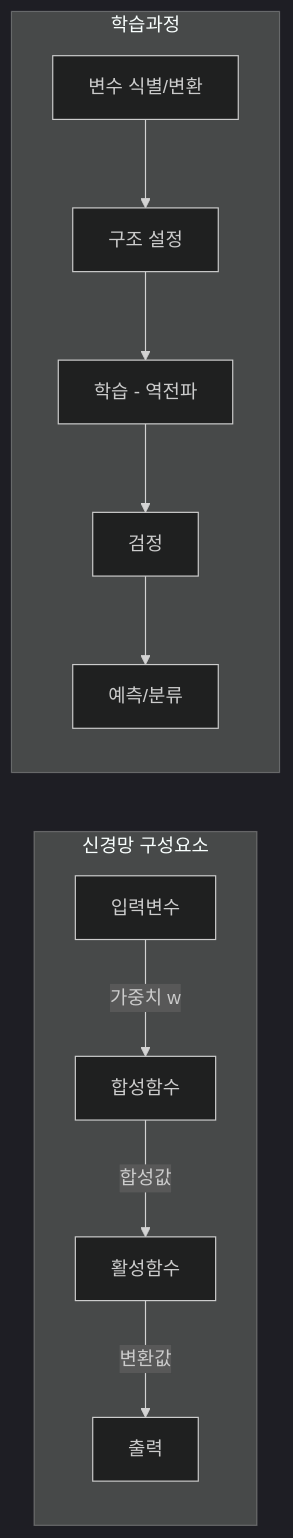
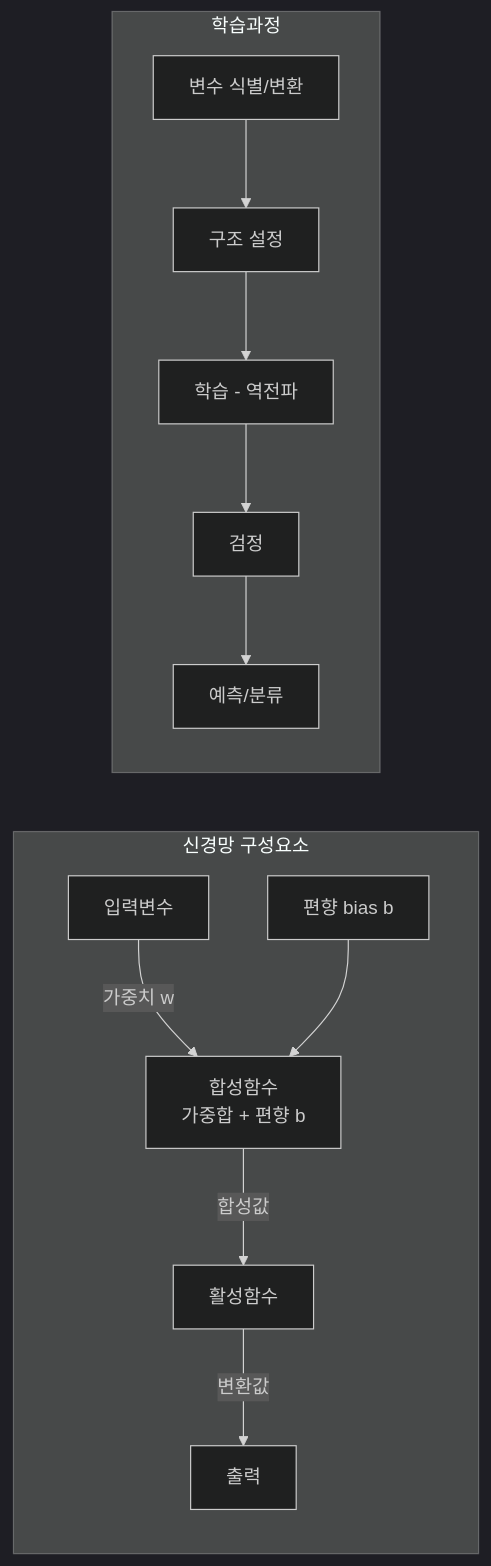
The second of 2 diagrams in subjects/4-1/데이터마이닝/8강. 신경망 모형 Ⅰ.md (yang-heeseok/University_KNOU), drawn with Mermaid (dark theme) before and after one commit. The commit also changed other lines of this file and 33 other files, not shown here.

````diff
--- a/subjects/4-1/데이터마이닝/8강. 신경망 모형 Ⅰ.md
+++ b/subjects/4-1/데이터마이닝/8강. 신경망 모형 Ⅰ.md
@@ -103,15 +105,16 @@
 ```mermaid
 graph LR
     subgraph 신경망 구성요소
-        I[입력변수] -->|가중치 w| CF[합성함수]
+        I[입력변수] -->|가중치 w| CF["합성함수<br/>가중합 + 편향 b"]
+        B[편향 bias b] --> CF
         CF -->|합성값| AF[활성함수]
         AF -->|변환값| O[출력]
     end
 
     subgraph 학습과정
         S1[변수 식별/변환] --> S2[구조 설정]
         S2 --> S3[학습 - 역전파]
         S3 --> S4[검정]
         S4 --> S5[예측/분류]
     end
 ```
````
